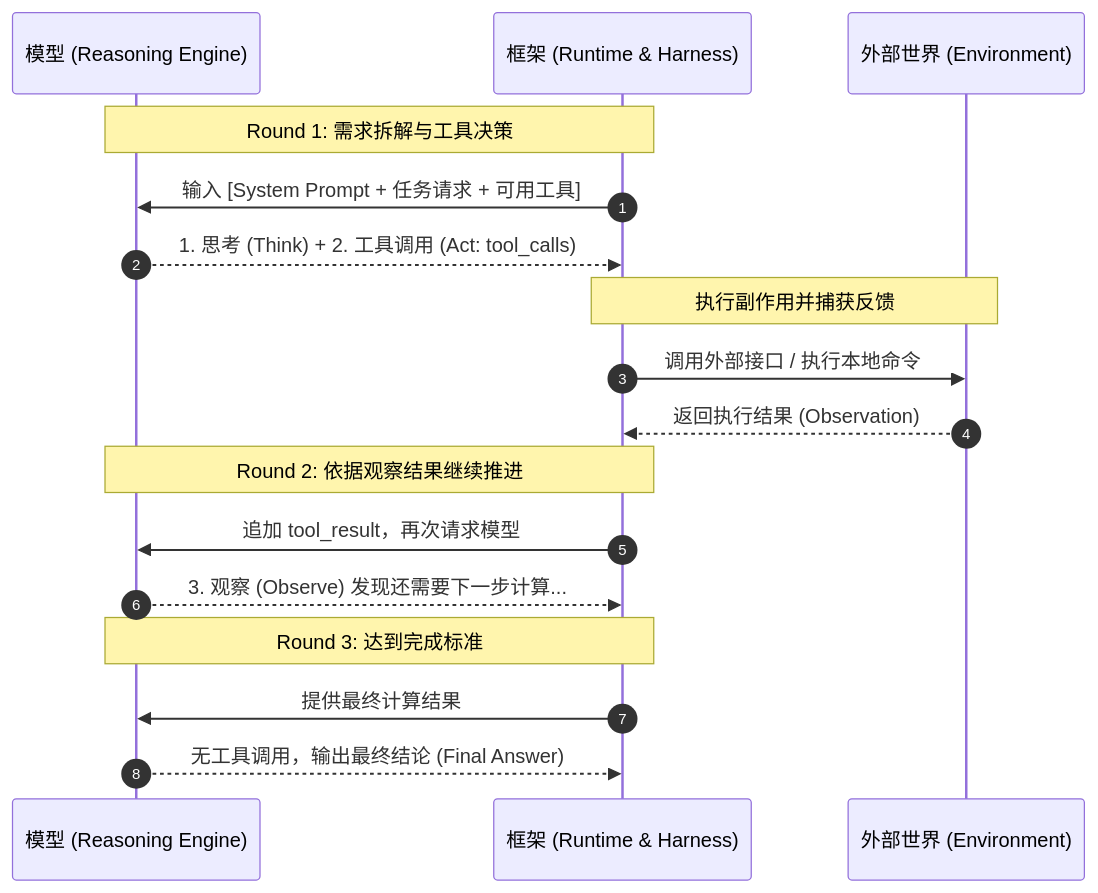
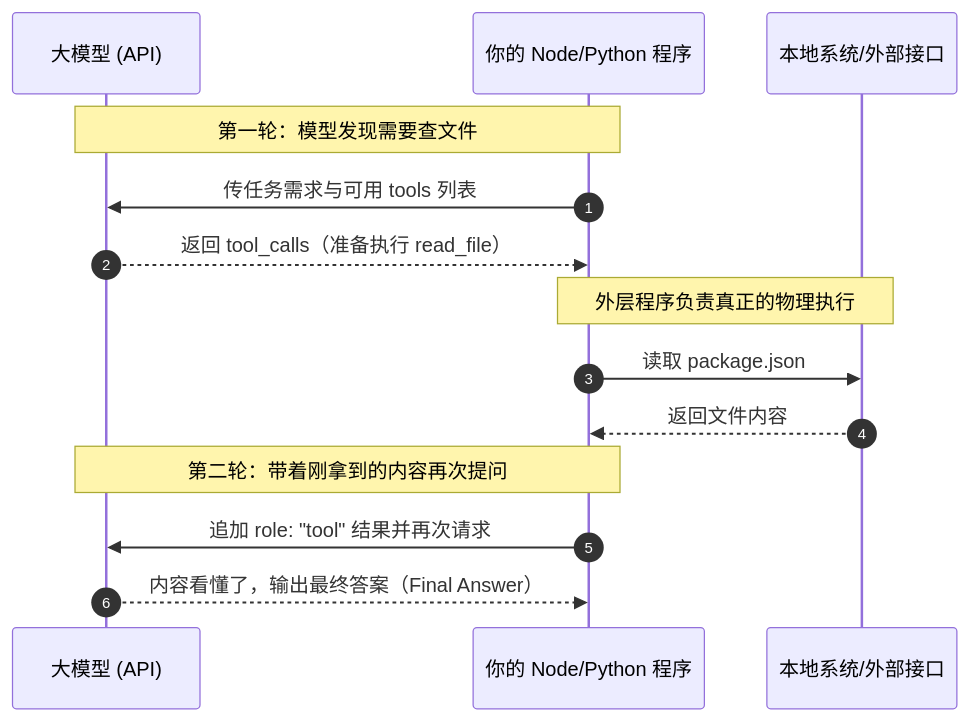
One commit to ljh12138164/ai-agent-study changed the first of 2 diagrams in app/ch01-fundamentals/02-react-loop-and-ablation/page.mdx. Above: the diagram before and after it, drawn with Mermaid. The commit also changed other lines of this file and 43 other files, not shown here.

````diff
--- a/app/ch01-fundamentals/02-react-loop-and-ablation/page.mdx
+++ b/app/ch01-fundamentals/02-react-loop-and-ablation/page.mdx
@@ -13,23 +16,19 @@
 ```mermaid
 sequenceDiagram
     autonumber
-    participant LLM as 模型 (Reasoning Engine)
-    participant Harness as 框架 (Runtime & Harness)
-    participant Env as 外部世界 (Environment)
+    participant LLM as 大模型 (API)
+    participant App as 你的 Node/Python 程序
+    participant OS as 本地系统/外部接口
 
-    Note over LLM,Harness: Round 1: 需求拆解与工具决策
-    Harness->>LLM: 输入 [System Prompt + 任务请求 + 可用工具]
-    LLM-->>Harness: 1. 思考 (Think) + 2. 工具调用 (Act: tool_calls)
+    Note over LLM,App: 第一轮：模型发现需要查文件
+    App->>LLM: 传任务需求与可用 tools 列表
+    LLM-->>App: 返回 tool_calls（准备执行 read_file）
     
-    Note over Harness,Env: 执行副作用并捕获反馈
-    Harness->>Env: 调用外部接口 / 执行本地命令
-    Env-->>Harness: 返回执行结果 (Observation)
+    Note over App,OS: 外层程序负责真正的物理执行
+    App->>OS: 读取 package.json
+    OS-->>App: 返回文件内容
     
-    Note over LLM,Harness: Round 2: 依据观察结果继续推进
-    Harness->>LLM: 追加 tool_result，再次请求模型
-    LLM-->>Harness: 3. 观察 (Observe) 发现还需要下一步计算...
-    
-    Note over LLM,Harness: Round 3: 达到完成标准
-    Harness->>LLM: 提供最终计算结果
-    LLM-->>Harness: 无工具调用，输出最终结论 (Final Answer)
+    Note over LLM,App: 第二轮：带着刚拿到的内容再次提问
+    App->>LLM: 追加 role: "tool" 结果并再次请求
+    LLM-->>App: 内容看懂了，输出最终答案（Final Answer）
 ```
````
